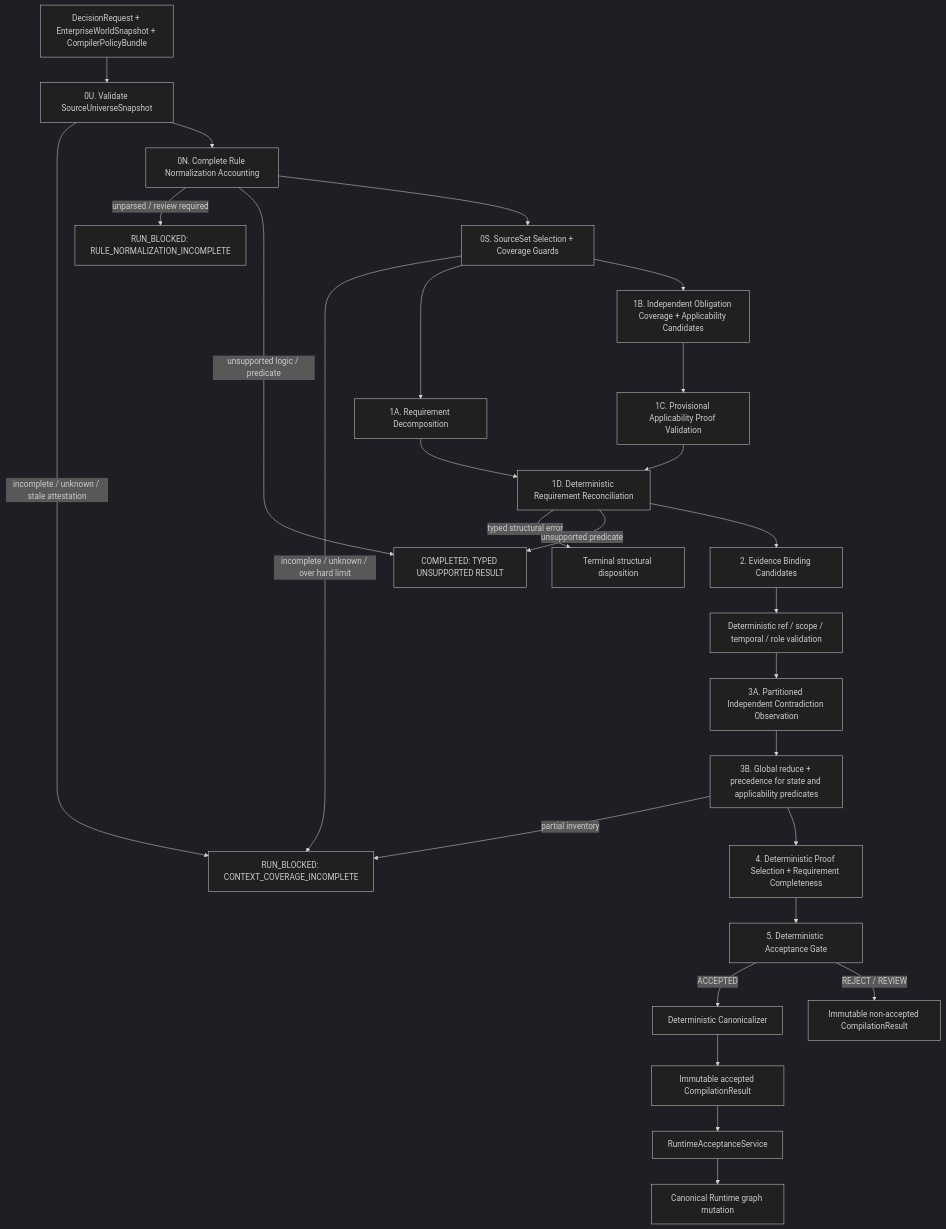
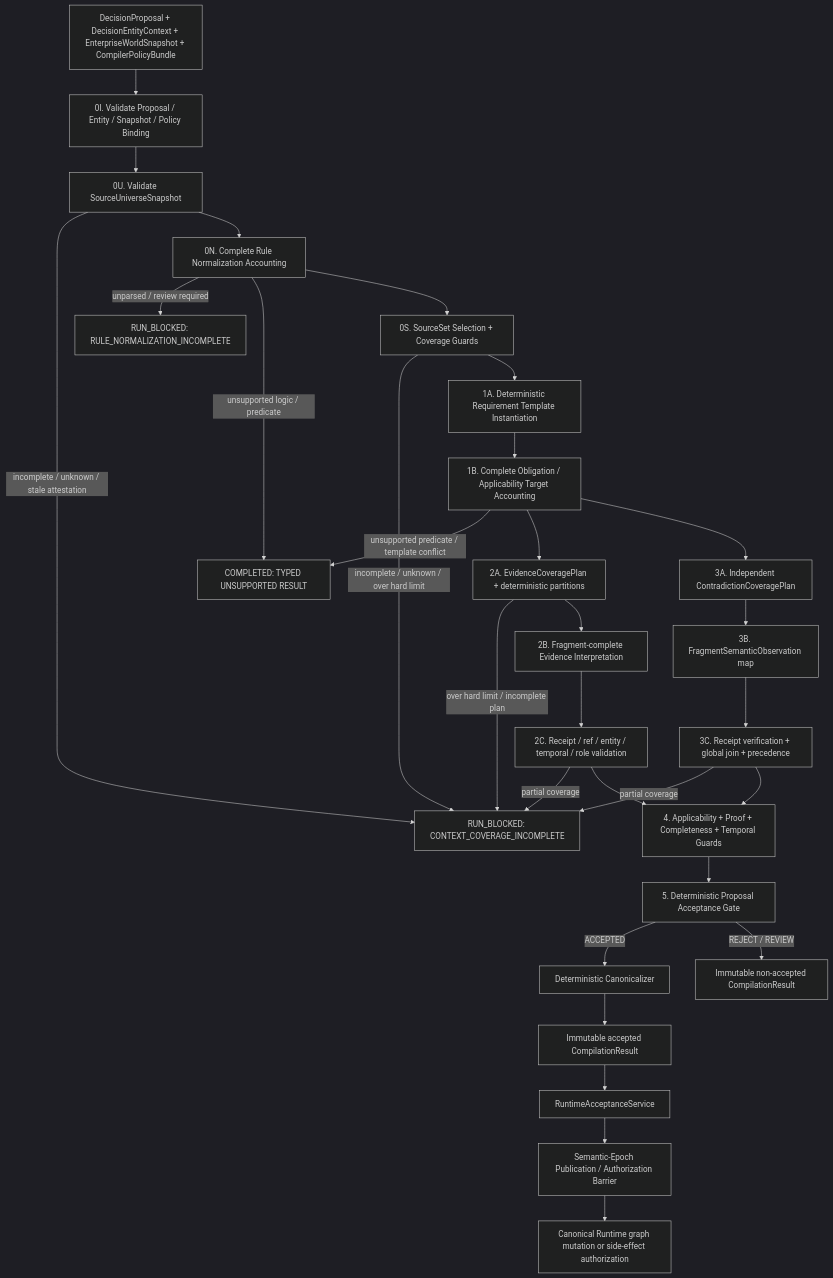
Before and after one commit to dabaitudiu/continuum: the diagram in docs/continuum_module_01_semantic_dependency_compiler/15_REPLACEMENT_ARCHITECTURE.md, drawn with Mermaid (dark theme). The commit also changed other lines of this file and 18 other files, not shown here.

Commit message:
docs: revise option B architecture to revision 4

````diff
--- a/docs/continuum_module_01_semantic_dependency_compiler/15_REPLACEMENT_ARCHITECTURE.md
+++ b/docs/continuum_module_01_semantic_dependency_compiler/15_REPLACEMENT_ARCHITECTURE.md
@@ -274,29 +378,32 @@
 ```mermaid
 flowchart TD
-    A[DecisionRequest + EnterpriseWorldSnapshot + CompilerPolicyBundle] --> U[0U. Validate SourceUniverseSnapshot]
+    A[DecisionProposal + DecisionEntityContext + EnterpriseWorldSnapshot + CompilerPolicyBundle] --> V[0I. Validate Proposal / Entity / Snapshot / Policy Binding]
+    V --> U[0U. Validate SourceUniverseSnapshot]
     U -->|incomplete / unknown / stale attestation| RB[RUN_BLOCKED: CONTEXT_COVERAGE_INCOMPLETE]
     U --> NR[0N. Complete Rule Normalization Accounting]
     NR -->|unparsed / review required| RNB[RUN_BLOCKED: RULE_NORMALIZATION_INCOMPLETE]
     NR -->|unsupported logic / predicate| UP[COMPLETED: TYPED UNSUPPORTED RESULT]
     NR --> S[0S. SourceSet Selection + Coverage Guards]
     S -->|incomplete / unknown / over hard limit| RB
-    S --> C[1A. Requirement Decomposition]
-    S --> D[1B. Independent Obligation Coverage + Applicability Candidates]
-    C --> E[1D. Deterministic Requirement Reconciliation]
-    D --> DV[1C. Provisional Applicability Proof Validation]
-    DV --> E
-    E -->|typed structural error| X[Terminal structural disposition]
-    E -->|unsupported predicate| UP
-    E --> F[2. Evidence Binding Candidates]
-    F --> F1[Deterministic ref / scope / temporal / role validation]
-    F1 --> G[3A. Partitioned Independent Contradiction Observation]
-    G --> G1[3B. Global reduce + precedence for state and applicability predicates]
-    G1 -->|partial inventory| RB
-    G1 --> H[4. Deterministic Proof Selection + Requirement Completeness]
-    H --> I[5. Deterministic Acceptance Gate]
+    S --> R[1A. Deterministic Requirement Template Instantiation]
+    R --> RC[1B. Complete Obligation / Applicability Target Accounting]
+    RC -->|unsupported predicate / template conflict| UP
+    RC --> EP[2A. EvidenceCoveragePlan + deterministic partitions]
+    EP -->|over hard limit / incomplete plan| RB
+    EP --> EM[2B. Fragment-complete Evidence Interpretation]
+    EM --> EV[2C. Receipt / ref / entity / temporal / role validation]
+    EV -->|partial coverage| RB
+    RC --> CP[3A. Independent ContradictionCoveragePlan]
+    CP --> CM[3B. FragmentSemanticObservation map]
+    CM --> CR[3C. Receipt verification + global join + precedence]
+    CR -->|partial coverage| RB
+    EV --> H[4. Applicability + Proof + Completeness + Temporal Guards]
+    CR --> H
+    H --> I[5. Deterministic Proposal Acceptance Gate]
     I -->|ACCEPTED| J[Deterministic Canonicalizer]
     I -->|REJECT / REVIEW| K[Immutable non-accepted CompilationResult]
     J --> L[Immutable accepted CompilationResult]
     L --> M[RuntimeAcceptanceService]
-    M --> RT[Canonical Runtime graph mutation]
+    M --> EPOCH[Semantic-Epoch Publication / Authorization Barrier]
+    EPOCH --> RT[Canonical Runtime graph mutation or side-effect authorization]
 ```
````
